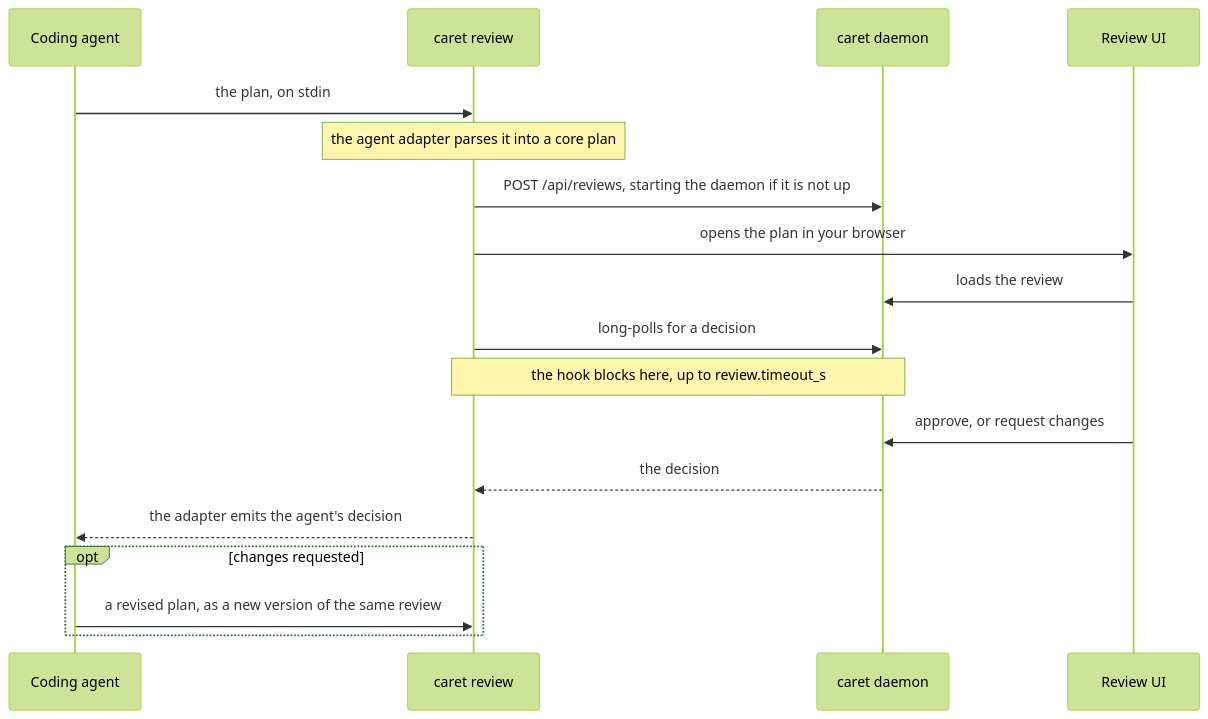
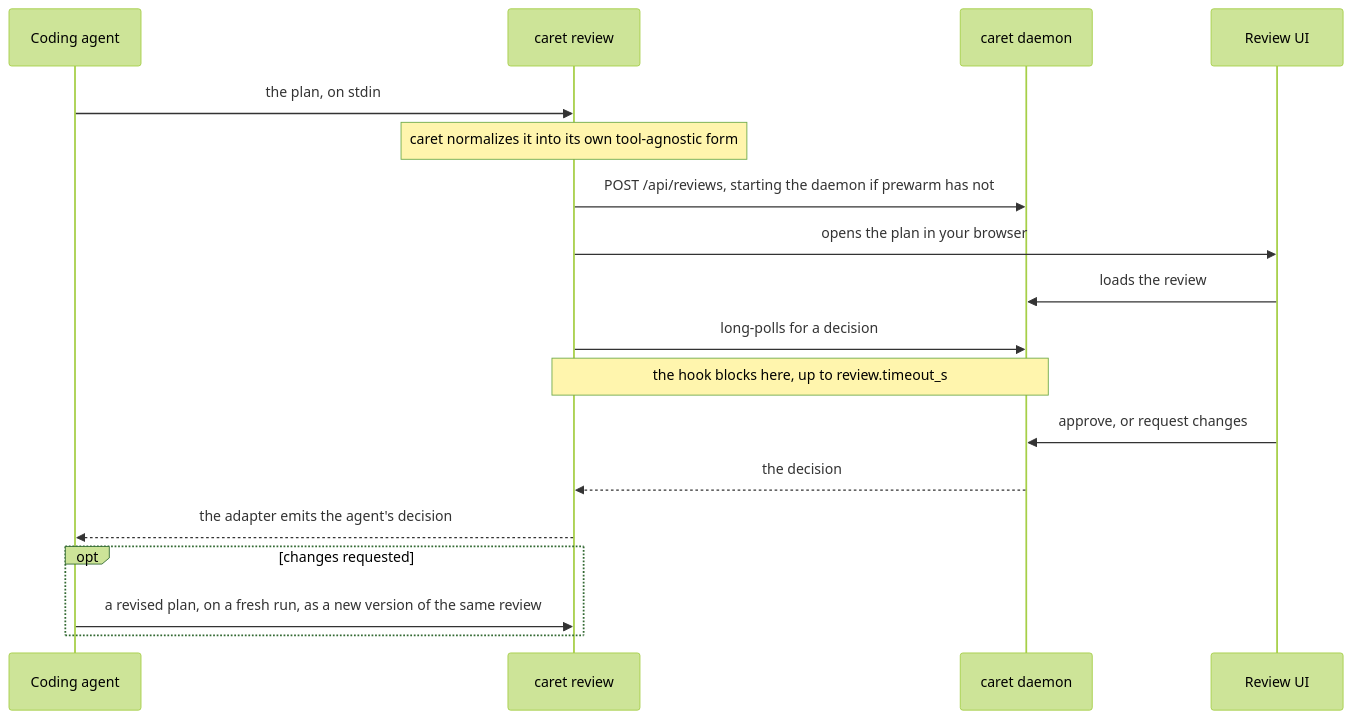
The diagram in doc/ARCHITECTURE.md (macintacos/caret), drawn with Mermaid (forest theme) before and after one commit. The commit also changed other lines of this file, not shown here.

````diff
--- a/doc/ARCHITECTURE.md
+++ b/doc/ARCHITECTURE.md
@@ -14,21 +15,21 @@
 ```mermaid
 sequenceDiagram
     participant A as Coding agent
     participant H as caret review
     participant D as caret daemon
     participant U as Review UI
 
     A->>H: the plan, on stdin
-    Note over H: the agent adapter parses it into a core plan
-    H->>D: POST /api/reviews, starting the daemon if it is not up
+    Note over H: caret normalizes it into its own tool-agnostic form
+    H->>D: POST /api/reviews, starting the daemon if prewarm has not
     H->>U: opens the plan in your browser
     U->>D: loads the review
     H->>D: long-polls for a decision
     Note over H,D: the hook blocks here, up to review.timeout_s
     U->>D: approve, or request changes
     D-->>H: the decision
     H-->>A: the adapter emits the agent's decision
     opt changes requested
-        A->>H: a revised plan, as a new version of the same review
+        A->>H: a revised plan, on a fresh run, as a new version of the same review
     end
 ```
````
